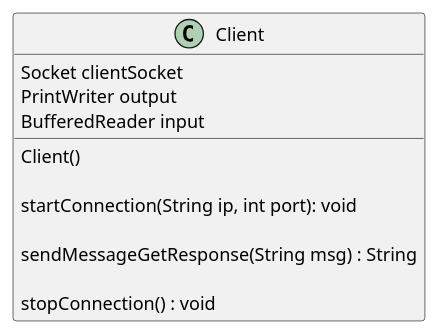
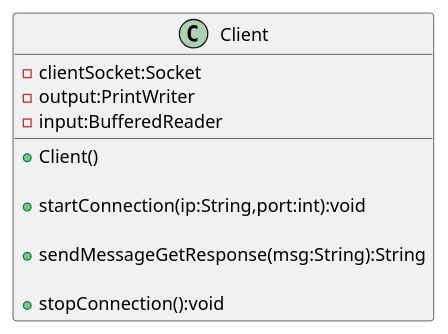
The second of 5 diagrams in Socket programming Java.md (avm-mmi/xvault), drawn with PlantUML before and after one commit. The commit also changed other lines of this file and 5 other files, not shown here.

````diff
--- a/Socket programming Java.md
+++ b/Socket programming Java.md
@@ -81,15 +81,15 @@
 ```plantuml
 class Client{
-	Socket clientSocket
-	PrintWriter output
-	BufferedReader input
+	-clientSocket:Socket
+	-output:PrintWriter
+	-input:BufferedReader
 
-	Client()
+	+Client()
 
-	startConnection(String ip, int port): void
+	+startConnection(ip:String,port:int):void
 	
-	sendMessageGetResponse(String msg) : String
+	+sendMessageGetResponse(msg:String):String
 
-	stopConnection() : void
+	+stopConnection():void
 }
 ```
````
